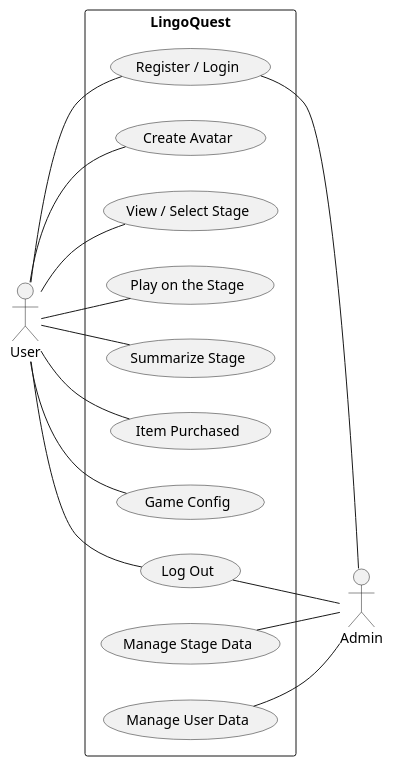
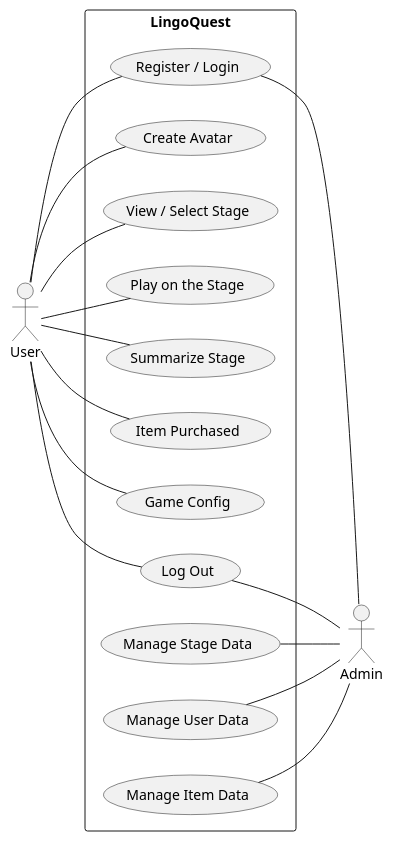
One commit to lebrancconvas/Lingo-Quest changed the diagram in docs/PlantUML/usecase.plantuml. Above: the diagram before and after it, drawn with PlantUML. The commit also changed 1 other file, not shown here.

Commit message:
📝 doc: update use case diagram

```diff
--- a/docs/PlantUML/usecase.plantuml
+++ b/docs/PlantUML/usecase.plantuml
@@ -1,23 +1,24 @@
 @startuml LingoQuest_UseCase
 left to right direction
 skinparam packageStyle rectangle
 
 actor User as u
 actor Admin as a
 
 rectangle LingoQuest {
 	u -- (Register / Login)
 	u -- (Create Avatar)
 	u -- (View / Select Stage)
 	u -- (Play on the Stage)
 	u -- (Summarize Stage)
 	u -- (Item Purchased) 
 	u -- (Game Config)
 	u -- (Log Out) 
 	(Register / Login) -- a
 	(Manage Stage Data) -- a
 	(Manage User Data) -- a 
+	(Manage Item Data) -- a
 	(Log Out) -- a
 }
 
 @enduml
```
